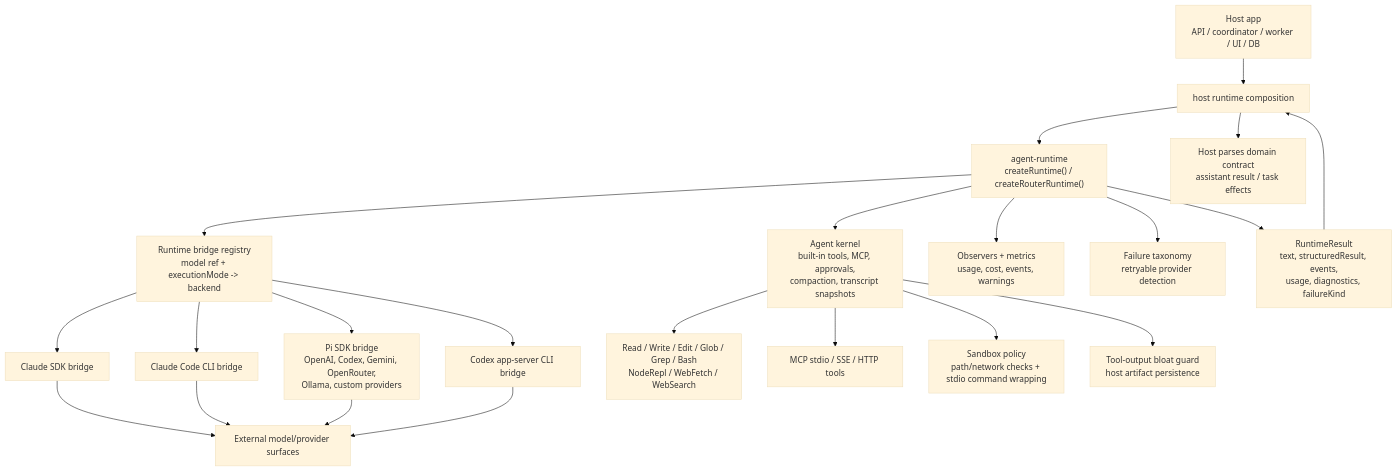
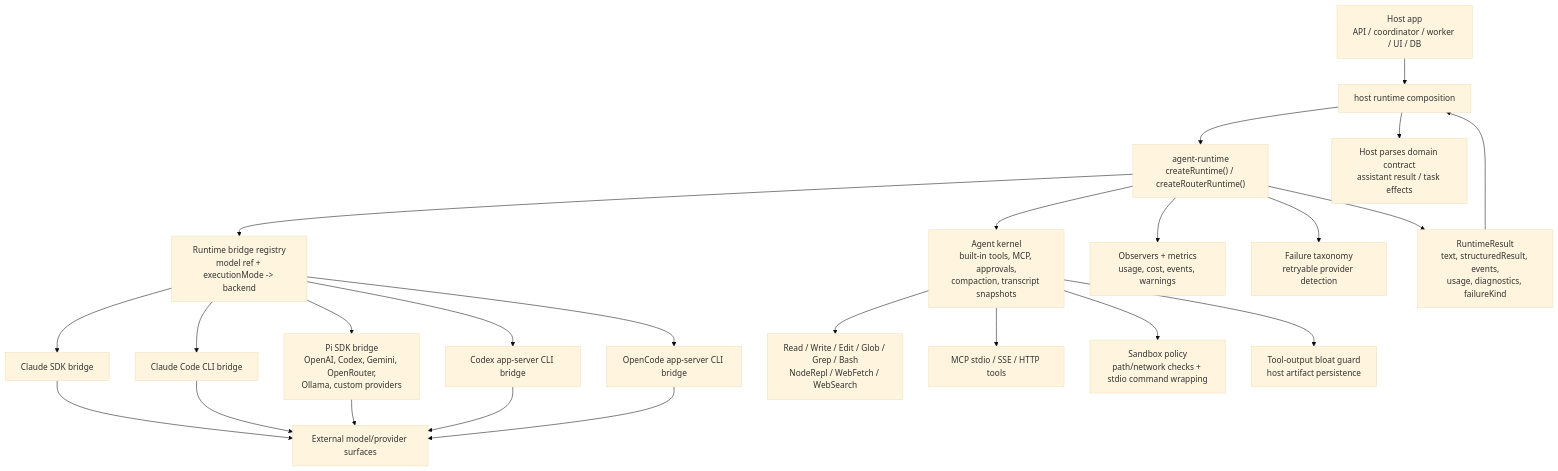
Before and after one commit to robertsreberski/mono-agent: the first of 5 diagrams in packages/agent-runtime/ARCHITECTURE.md, drawn with Mermaid (base theme). The commit also changed other lines of this file and 156 other files, not shown here.

````diff
--- a/packages/agent-runtime/ARCHITECTURE.md
+++ b/packages/agent-runtime/ARCHITECTURE.md
@@ -27,30 +32,32 @@
 ```mermaid
 flowchart TB
   HostApp["Host app<br/>API / coordinator / worker / UI / DB"] --> CoreAI["host runtime composition"]
 
   CoreAI --> Runtime["agent-runtime<br/>createRuntime() / createRouterRuntime()"]
 
   Runtime --> Registry["Runtime bridge registry<br/>model ref + executionMode -> backend"]
   Runtime --> AgentKernel["Agent kernel<br/>built-in tools, MCP, approvals,<br/>compaction, transcript snapshots"]
   Runtime --> Observability["Observers + metrics<br/>usage, cost, events, warnings"]
   Runtime --> Failure["Failure taxonomy<br/>retryable provider detection"]
 
   Registry --> ClaudeSDK["Claude SDK bridge"]
   Registry --> ClaudeCLI["Claude Code CLI bridge"]
   Registry --> PiSDK["Pi SDK bridge<br/>OpenAI, Codex, Gemini, OpenRouter,<br/>Ollama, custom providers"]
   Registry --> CodexApp["Codex app-server CLI bridge"]
+  Registry --> OpenCodeApp["OpenCode app-server CLI bridge"]
 
   AgentKernel --> Builtins["Read / Write / Edit / Glob / Grep / Bash<br/>NodeRepl / WebFetch / WebSearch"]
   AgentKernel --> MCP["MCP stdio / SSE / HTTP tools"]
   AgentKernel --> Sandbox["Sandbox policy<br/>path/network checks + stdio command wrapping"]
   AgentKernel --> Artifacts["Tool-output bloat guard<br/>host artifact persistence"]
 
   ClaudeSDK --> Providers["External model/provider surfaces"]
   ClaudeCLI --> Providers
   PiSDK --> Providers
   CodexApp --> Providers
+  OpenCodeApp --> Providers
 
   Runtime --> Result["RuntimeResult<br/>text, structuredResult, events,<br/>usage, diagnostics, failureKind"]
   Result --> CoreAI
   CoreAI --> HostContract["Host parses domain contract<br/>assistant result / task effects"]
 ```
````
